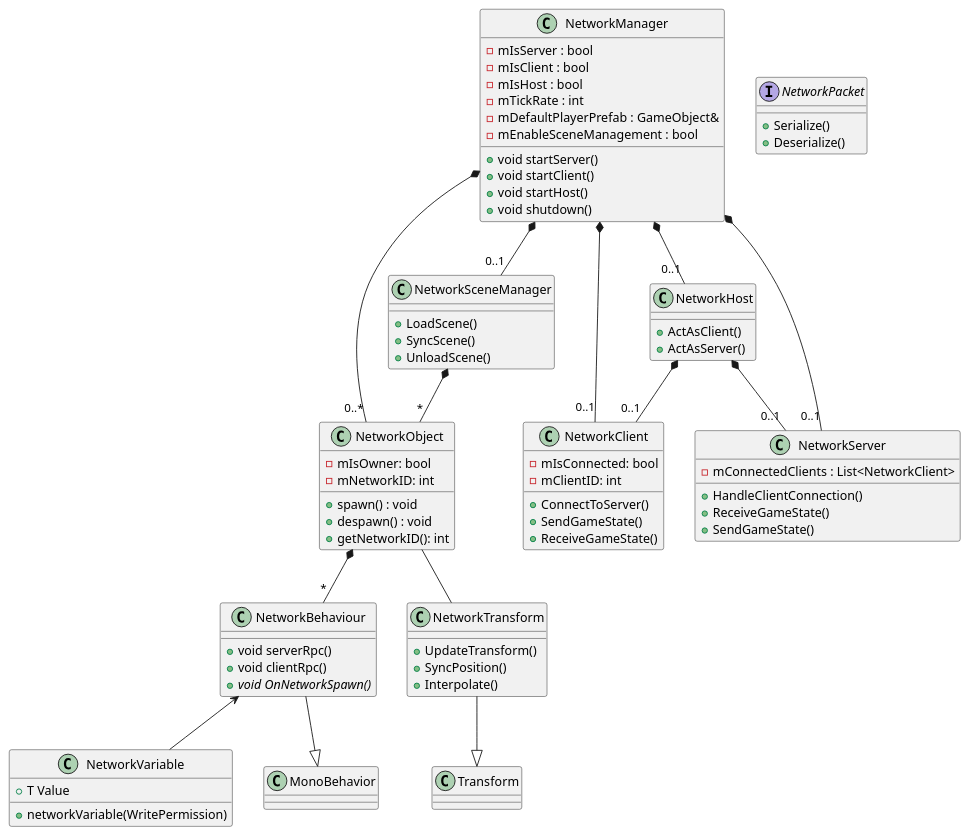
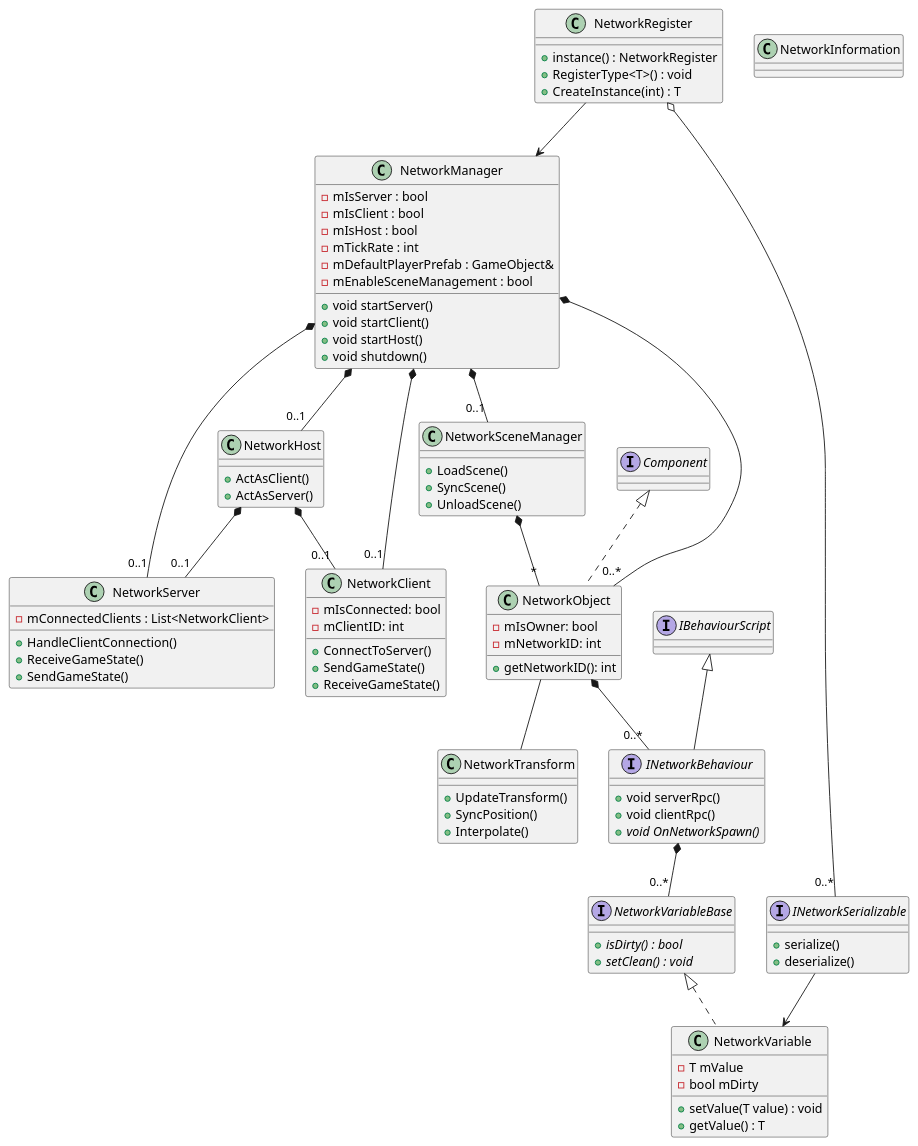
Before and after one commit to Seger01/GameEngine: the diagram in docs/Diagrams/Multiplayer_Class.puml, drawn with PlantUML. The commit also changed 6 other files, not shown here.

Commit message:
Updated class diagram

```diff
--- a/docs/Diagrams/Multiplayer_Class.puml
+++ b/docs/Diagrams/Multiplayer_Class.puml
@@ -1,140 +1,157 @@
 @startuml
 
 class NetworkManager {
     
     
     + void startServer()
     + void startClient()
     + void startHost()
     + void shutdown()
 
 
     - mIsServer : bool
     - mIsClient : bool
     - mIsHost : bool
     - mTickRate : int
     - mDefaultPlayerPrefab : GameObject&
     - mEnableSceneManagement : bool
 }
 
-class NetworkObject {
-    + spawn() : void
-    + despawn() : void
+class NetworkObject implements Component {
     + getNetworkID(): int
 
     - mIsOwner: bool
     - mNetworkID: int
 }
 
-class NetworkBehaviour {
+interface Component {}
+
+interface INetworkBehaviour implements IBehaviourScript {
     +void serverRpc()
     +void clientRpc()
     + {abstract} void OnNetworkSpawn()
     
 }
 
+interface IBehaviourScript {}
+
 ' Template class for network variables
-class NetworkVariable{
-    + networkVariable(WritePermission)
-    + T Value
+class NetworkVariable implements NetworkVariableBase{
+    + setValue(T value) : void
+    + getValue() : T
+
+    - T mValue
+    - bool mDirty
     
 }
 
-class MonoBehavior{}
+interface NetworkVariableBase {
+    + {abstract} isDirty() : bool
+    + {abstract} setClean() : void
+}
 
 class NetworkTransform {
     + UpdateTransform()
     + SyncPosition()
     + Interpolate()
 }
-
-class Transform{}
 
 class NetworkClient {
     + ConnectToServer()
     + SendGameState()
     + ReceiveGameState()
 
     - mIsConnected: bool
     - mClientID: int
 }
 
 class NetworkServer {
     + HandleClientConnection()
     + ReceiveGameState()
     + SendGameState()
 
     - mConnectedClients : List<NetworkClient>
 }
 
 class NetworkHost {
     + ActAsClient()
     + ActAsServer()
 }
 
 ' class NetworkMessage {
 '     + Serialize()
 '     + Deserialize()
 '     + SendMessage()
 '     - mMessageType: string
 ' }
 
 class NetworkSceneManager {
     + LoadScene()
     + SyncScene()
     + UnloadScene()
 }
 
 ' class NetworkInputManager {
 '     + CaptureInput()
 '     + SendInput()
 '     + ApplyInputPrediction()
 ' }
 
 ' class NetworkReplicationManager {
 '     + ReplicateObjectState()
 '     + SyncWithClients()
 '     + ApplyInterpolation()
 ' }
 
 ' class AuthorityManager {
 '     + AssignAuthority()
 '     + RequestControl()
 '     - mObjectAuthority: string
 ' }
 
-interface NetworkPacket {
-    + Serialize()
-    + Deserialize()
+interface INetworkSerializable {
+    + serialize()
+    + deserialize()
+}
+
+class NetworkInformation {}
+
+class NetworkRegister {
+    + instance() : NetworkRegister
+    + RegisterType<T>() : void
+    + CreateInstance(int) : T
 }
 
 NetworkManager *-- "0..1"NetworkClient
 NetworkManager *-- "0..1"NetworkServer
 NetworkManager *-- "0..1"NetworkHost
 NetworkManager *-- "0..1"NetworkSceneManager
 NetworkManager *-- "0..*" NetworkObject
 ' NetworkManager <-- AuthorityManager
 
-NetworkObject *-- "*" NetworkBehaviour
+NetworkObject *-- "0..*" INetworkBehaviour
 NetworkObject -- NetworkTransform
 
-NetworkBehaviour --|> MonoBehavior
-NetworkBehaviour <-- NetworkVariable
+INetworkBehaviour *-- "0..*" NetworkVariableBase
 
-NetworkTransform --|> Transform
 
 ' NetworkClient --> NetworkInputManager
 ' NetworkClient --> NetworkMessage
 ' NetworkClient --> NetworkReplicationManager
 
 ' NetworkServer --> NetworkMessage
 ' NetworkServer --> NetworkReplicationManager
 
 
 NetworkHost *-- "0..1"NetworkServer
 NetworkHost *-- "0..1"NetworkClient
 
 ' AuthorityManager <-- NetworkObject
 NetworkSceneManager *-- "*" NetworkObject
 
+NetworkRegister o-- "0..*" INetworkSerializable
+NetworkRegister --> NetworkManager
+INetworkSerializable --> NetworkVariable
+
+
 @enduml
```
